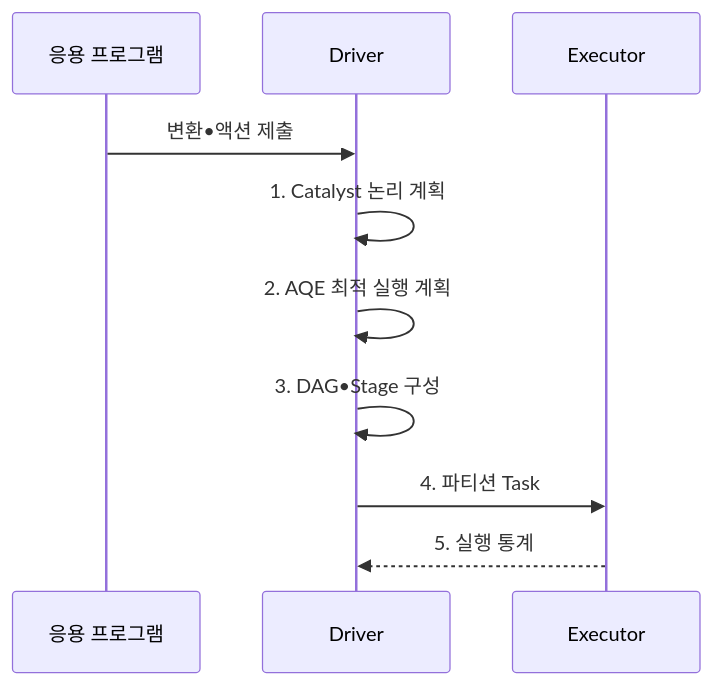
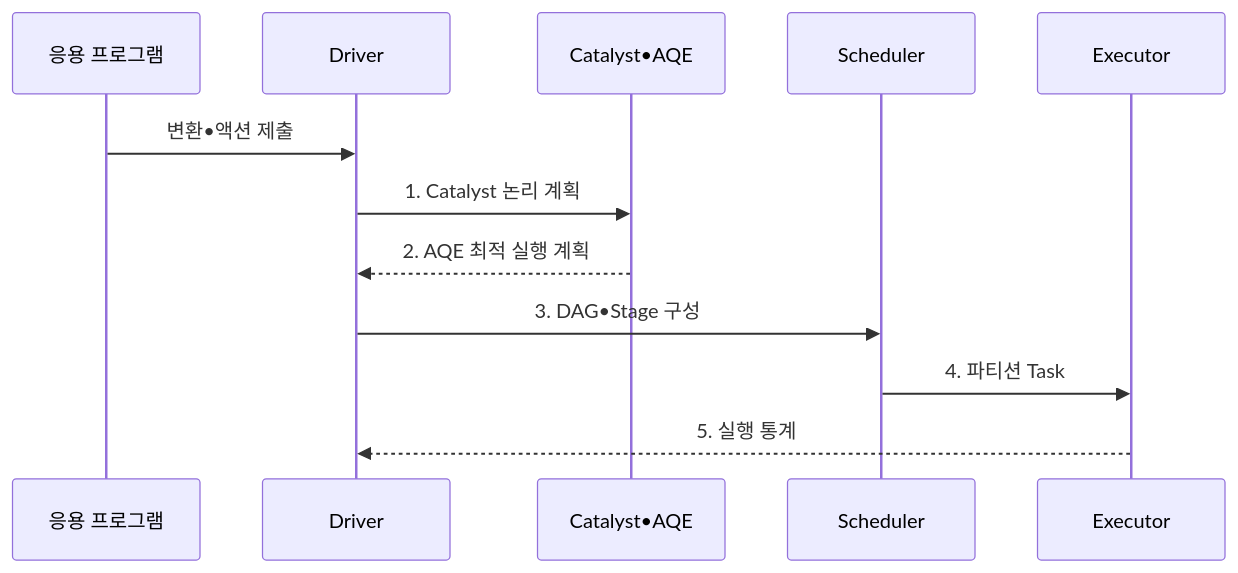
The second of 2 diagrams in src/content/docs/notes/03-software/117_apache_spark.md (agnusdei1207/knowledge-base), drawn with Mermaid before and after one commit. The commit also changed other lines of this file and 13 other files, not shown here.

````diff
--- a/src/content/docs/notes/03-software/117_apache_spark.md
+++ b/src/content/docs/notes/03-software/117_apache_spark.md
@@ -111,12 +111,14 @@
 ```mermaid
 sequenceDiagram
     participant U as 응용 프로그램
     participant D as Driver
+    participant C as Catalyst•AQE
+    participant S as Scheduler
     participant E as Executor
     U->>D: 변환•액션 제출
-    D->>D: 1. Catalyst 논리 계획
-    D->>D: 2. AQE 최적 실행 계획
-    D->>D: 3. DAG•Stage 구성
-    D->>E: 4. 파티션 Task
+    D->>C: 1. Catalyst 논리 계획
+    C-->>D: 2. AQE 최적 실행 계획
+    D->>S: 3. DAG•Stage 구성
+    S->>E: 4. 파티션 Task
     E-->>D: 5. 실행 통계
 ```
````
